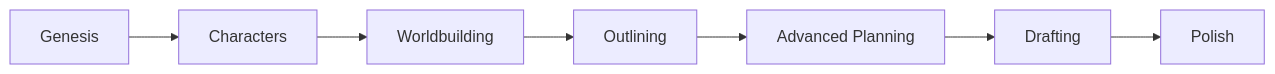
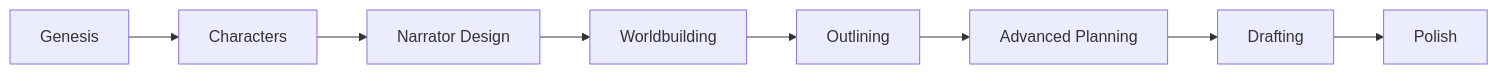
The second of 2 diagrams in README.md (IShalkin/manoe), drawn with Mermaid before and after one commit. The commit also changed other lines of this file, not shown here.

First line of the commit message:
docs: Update README with Marketing Researcher feature, Narrator Design phase, and new API endpoints

````diff
--- a/README.md
+++ b/README.md
@@ -68,9 +68,10 @@
 ```mermaid
 flowchart LR
     G[Genesis] --> C[Characters]
-    C --> W[Worldbuilding]
+    C --> N[Narrator Design]
+    N --> W[Worldbuilding]
     W --> O[Outlining]
     O --> AP[Advanced Planning]
     AP --> D[Drafting]
     D --> P[Polish]
 ```
````
